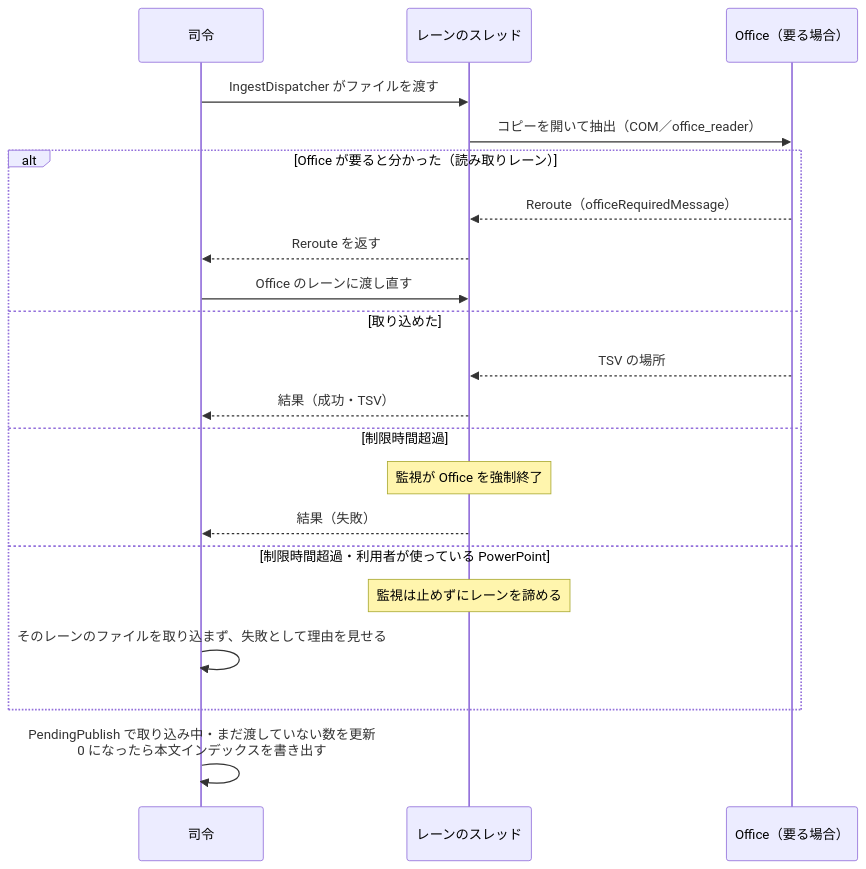
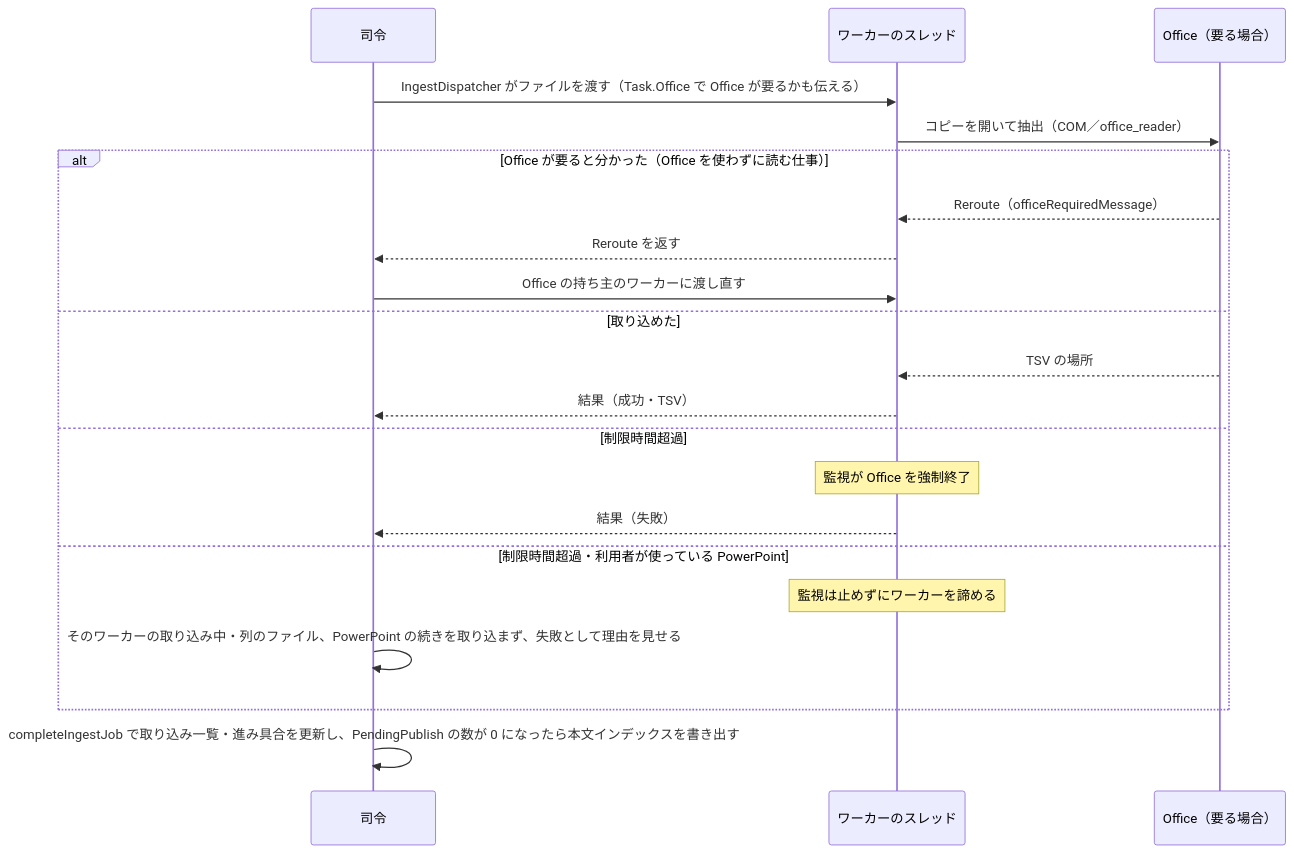
Before and after one commit to hsgwa/tebunko: the second of 2 diagrams in docs/design/indexing/parallel.md, drawn with Mermaid. The commit also changed other lines of this file and 28 other files, not shown here.

````diff
--- a/docs/design/indexing/parallel.md
+++ b/docs/design/indexing/parallel.md
@@ -31,24 +32,24 @@
 ```mermaid
 sequenceDiagram
     participant C as 司令
-    participant W as レーンのスレッド
+    participant W as ワーカーのスレッド
     participant O as Office（要る場合）
 
-    C->>W: IngestDispatcher がファイルを渡す
+    C->>W: IngestDispatcher がファイルを渡す（Task.Office で Office が要るかも伝える）
     W->>O: コピーを開いて抽出（COM／office_reader）
-    alt Office が要ると分かった（読み取りレーン）
+    alt Office が要ると分かった（Office を使わずに読む仕事）
         O-->>W: Reroute（officeRequiredMessage）
         W-->>C: Reroute を返す
-        C->>W: Office のレーンに渡し直す
+        C->>W: Office の持ち主のワーカーに渡し直す
     else 取り込めた
         O-->>W: TSV の場所
         W-->>C: 結果（成功・TSV）
     else 制限時間超過
         Note over W: 監視が Office を強制終了
         W-->>C: 結果（失敗）
     else 制限時間超過・利用者が使っている PowerPoint
-        Note over W: 監視は止めずにレーンを諦める
-        C->>C: そのレーンのファイルを取り込まず、失敗として理由を見せる
+        Note over W: 監視は止めずにワーカーを諦める
+        C->>C: そのワーカーの取り込み中・列のファイル、PowerPoint の続きを取り込まず、失敗として理由を見せる
     end
-    C->>C: PendingPublish で取り込み中・まだ渡していない数を更新<br>0 になったら本文インデックスを書き出す
+    C->>C: completeIngestJob で取り込み一覧・進み具合を更新し、PendingPublish の数が 0 になったら本文インデックスを書き出す
 ```
````
